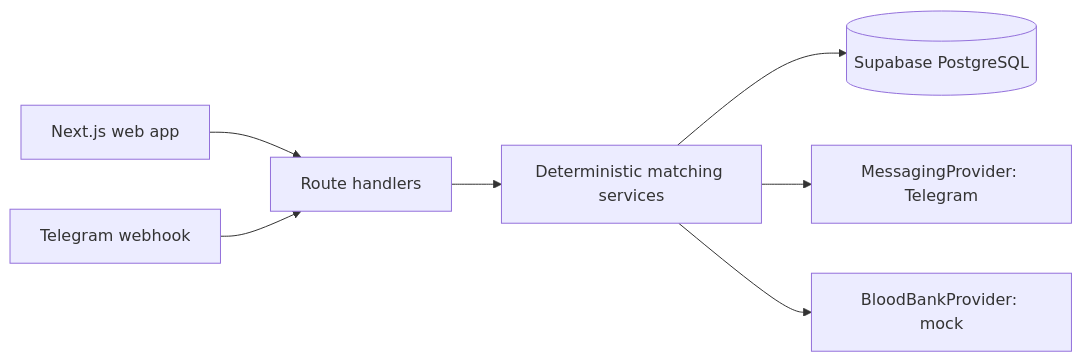
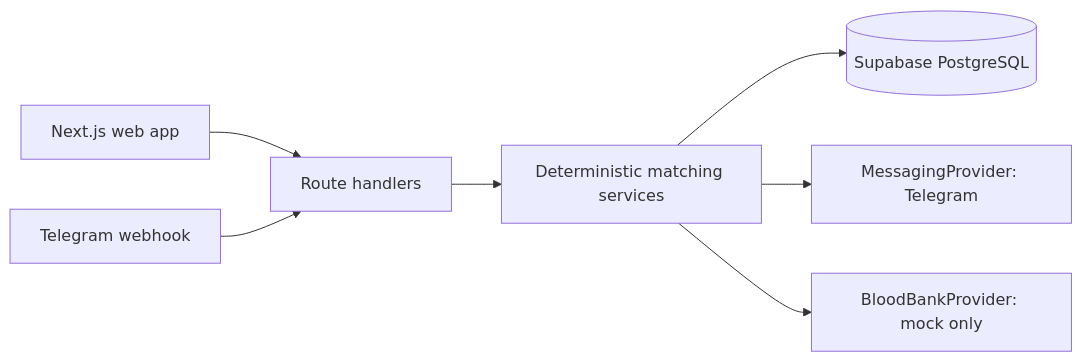
The diagram in docs/architecture.md (krthik20050/bloodlink), drawn with Mermaid before and after one commit. The commit also changed other lines of this file and 13 other files, not shown here.

````diff
--- a/docs/architecture.md
+++ b/docs/architecture.md
@@ -3,9 +3,9 @@
 ```mermaid
 flowchart LR
 Web[Next.js web app] --> API[Route handlers]
 Telegram[Telegram webhook] --> API
 API --> Rules[Deterministic matching services]
 Rules --> DB[(Supabase PostgreSQL)]
 Rules --> Messaging[MessagingProvider: Telegram]
-Rules --> Banks[BloodBankProvider: mock]
+Rules --> Banks[BloodBankProvider: mock only]
 ```
````
